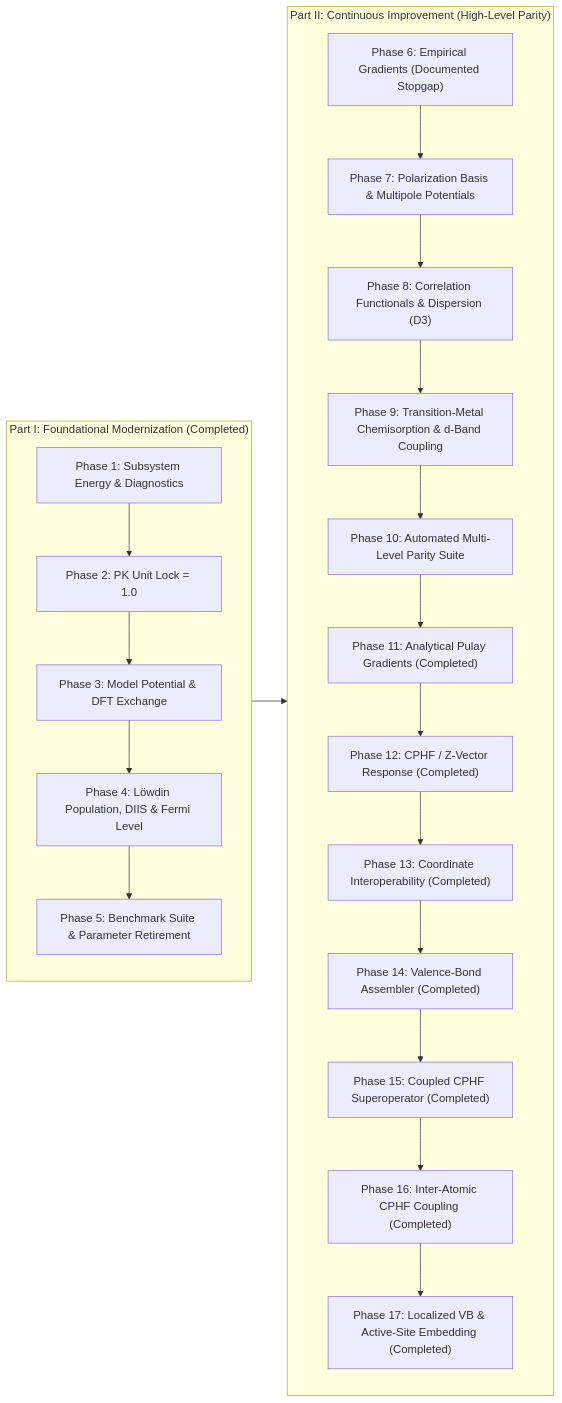
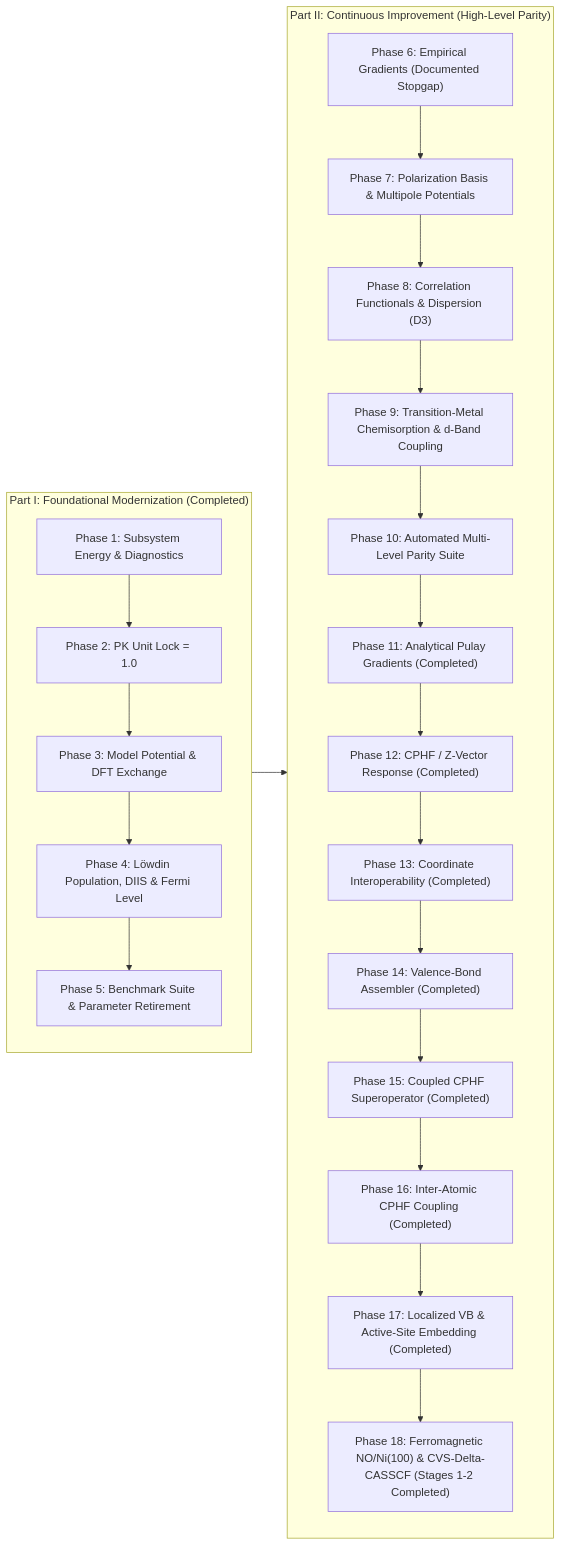
Before and after one commit to JackS9/phatpsy2: the diagram in ROADMAP.md, drawn with Mermaid. The commit also changed other lines of this file and 29 other files, not shown here.

Commit message:
feat(phase18): complete NO/Ni(100) Stages 1-2 ferromagnetic chemisorption and CVS-Delta-CASSCF

````diff
--- a/ROADMAP.md
+++ b/ROADMAP.md
@@ -214,29 +219,30 @@
 ```mermaid
 flowchart LR
     subgraph Part1["Part I: Foundational Modernization (Completed)"]
         P1["Phase 1: Subsystem Energy & Diagnostics"]
         P2["Phase 2: PK Unit Lock = 1.0"]
         P3["Phase 3: Model Potential & DFT Exchange"]
         P4["Phase 4: Löwdin Population, DIIS & Fermi Level"]
         P5["Phase 5: Benchmark Suite & Parameter Retirement"]
         P1 --> P2 --> P3 --> P4 --> P5
     end
 
     subgraph Part2["Part II: Continuous Improvement (High-Level Parity)"]
         P6["Phase 6: Empirical Gradients (Documented Stopgap)"]
         P7["Phase 7: Polarization Basis & Multipole Potentials"]
         P8["Phase 8: Correlation Functionals & Dispersion (D3)"]
         P9["Phase 9: Transition-Metal Chemisorption & d-Band Coupling"]
         P10["Phase 10: Automated Multi-Level Parity Suite"]
         P11["Phase 11: Analytical Pulay Gradients (Completed)"]
         P12["Phase 12: CPHF / Z-Vector Response (Completed)"]
         P13["Phase 13: Coordinate Interoperability (Completed)"]
         P14["Phase 14: Valence-Bond Assembler (Completed)"]
         P15["Phase 15: Coupled CPHF Superoperator (Completed)"]
         P16["Phase 16: Inter-Atomic CPHF Coupling (Completed)"]
         P17["Phase 17: Localized VB & Active-Site Embedding (Completed)"]
-        P6 --> P7 --> P8 --> P9 --> P10 --> P11 --> P12 --> P13 --> P14 --> P15 --> P16 --> P17
+        P18["Phase 18: Ferromagnetic NO/Ni(100) & CVS-Delta-CASSCF (Stages 1-2 Completed)"]
+        P6 --> P7 --> P8 --> P9 --> P10 --> P11 --> P12 --> P13 --> P14 --> P15 --> P16 --> P17 --> P18
     end
 
     Part1 --> Part2
 ```
````
